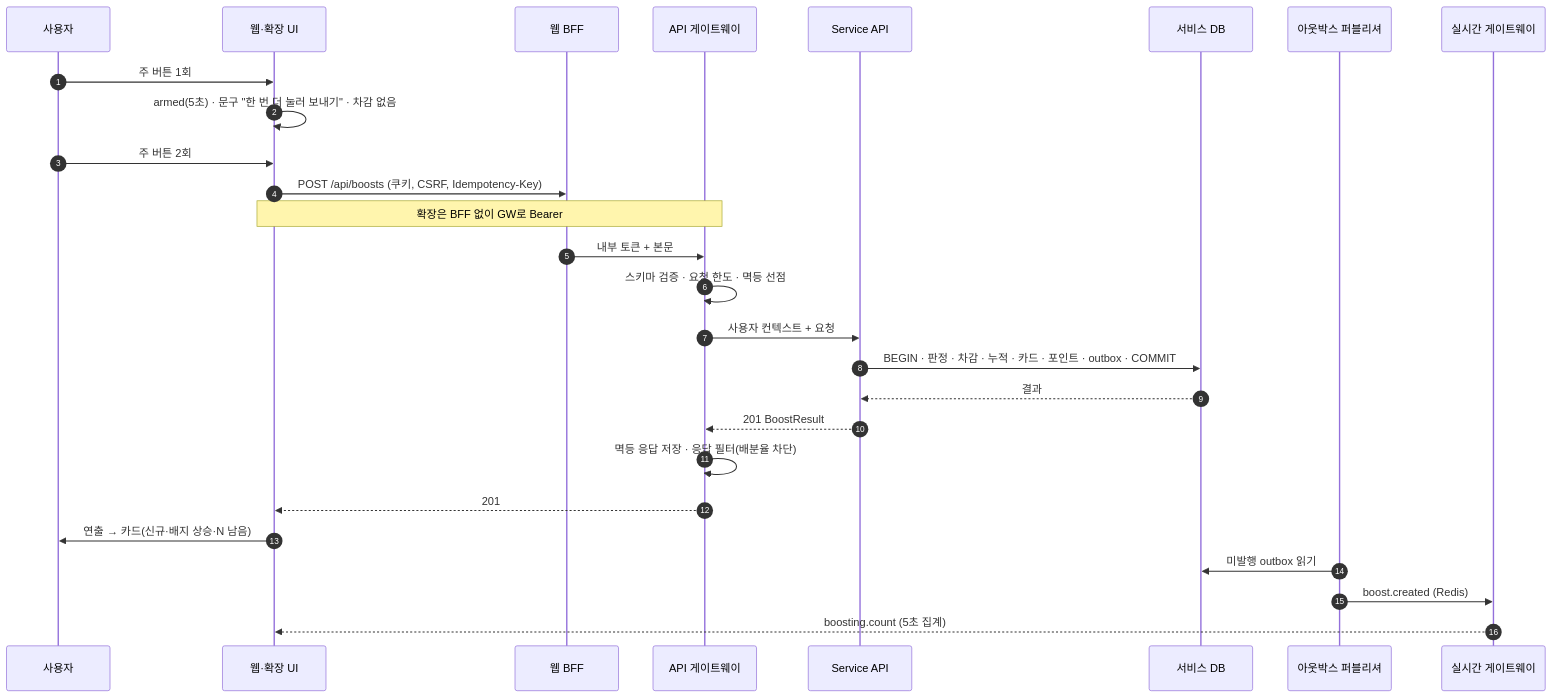
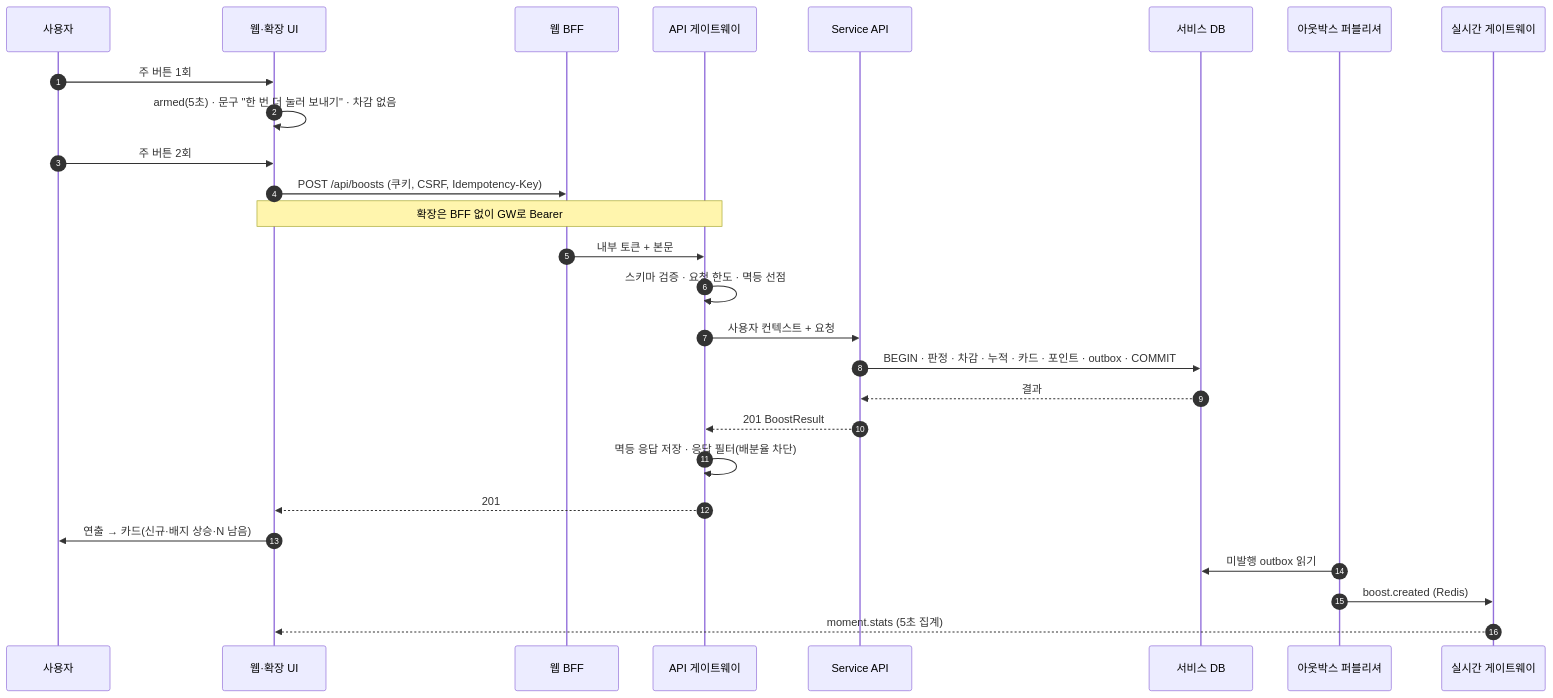
Before and after one commit to yhc-pie/rorr-hero: the third of 16 diagrams in handoff/11-flowcharts.md, drawn with Mermaid. The commit also changed other lines of this file and 25 other files, not shown here.

````diff
--- a/handoff/11-flowcharts.md
+++ b/handoff/11-flowcharts.md
@@ -85,29 +85,29 @@
 ```mermaid
 sequenceDiagram
   autonumber
   participant U as 사용자
   participant FE as 웹·확장 UI
   participant BFF as 웹 BFF
   participant GW as API 게이트웨이
   participant API as Service API
   participant DB as 서비스 DB
   participant OB as 아웃박스 퍼블리셔
   participant RT as 실시간 게이트웨이
   U->>FE: 주 버튼 1회
   FE->>FE: armed(5초) · 문구 "한 번 더 눌러 보내기" · 차감 없음
   U->>FE: 주 버튼 2회
   FE->>BFF: POST /api/boosts (쿠키, CSRF, Idempotency-Key)
   Note over FE,GW: 확장은 BFF 없이 GW로 Bearer
   BFF->>GW: 내부 토큰 + 본문
   GW->>GW: 스키마 검증 · 요청 한도 · 멱등 선점
   GW->>API: 사용자 컨텍스트 + 요청
   API->>DB: BEGIN · 판정 · 차감 · 누적 · 카드 · 포인트 · outbox · COMMIT
   DB-->>API: 결과
   API-->>GW: 201 BoostResult
   GW->>GW: 멱등 응답 저장 · 응답 필터(배분율 차단)
   GW-->>FE: 201
   FE->>U: 연출 → 카드(신규·배지 상승·N 남음)
   OB->>DB: 미발행 outbox 읽기
   OB->>RT: boost.created (Redis)
-  RT-->>FE: boosting.count (5초 집계)
+  RT-->>FE: moment.stats (5초 집계)
 ```
````
